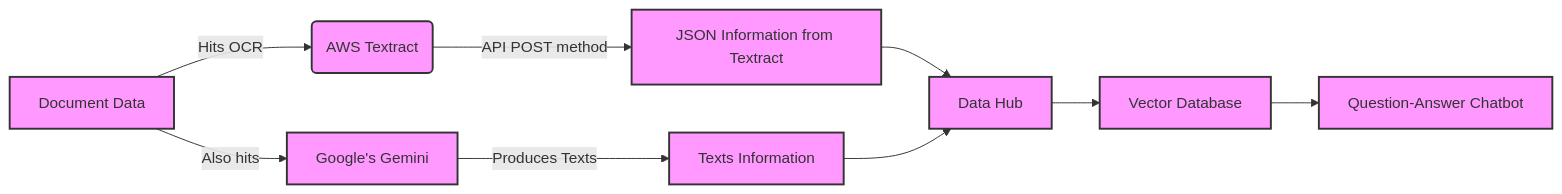
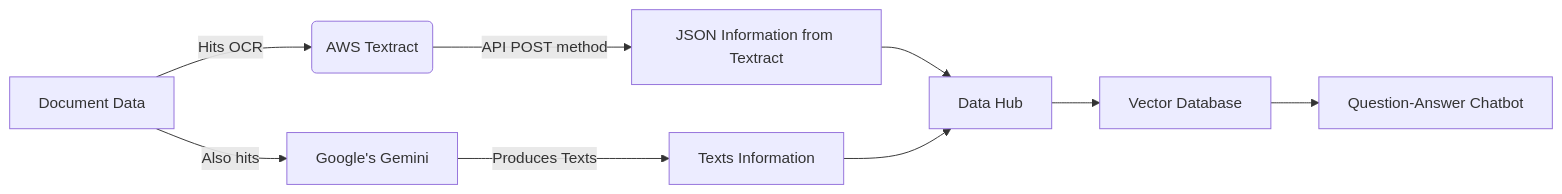
One commit to yiqiao-yin/google-gemini-test changed the diagram in README.md. Above: the diagram before and after it, drawn with Mermaid.

Commit message:
app updated

````diff
--- a/README.md
+++ b/README.md
@@ -16,14 +16,11 @@
 ```mermaid
 graph LR
     A[Document Data] -->|Hits OCR| B(AWS Textract)
     A -->|Also hits| C[Google's Gemini]
     B -->|API POST method| D[JSON Information from Textract]
     C -->|Produces Texts| E[Texts Information]
     D --> F[Data Hub]
     E --> F
     F --> G[Vector Database]
     G --> H[Question-Answer Chatbot]
-
-    classDef default fill:#f9f,stroke:#333,stroke-width:2px;
-    class A,B,C,D,E,F,G,H default;
 ```
````
